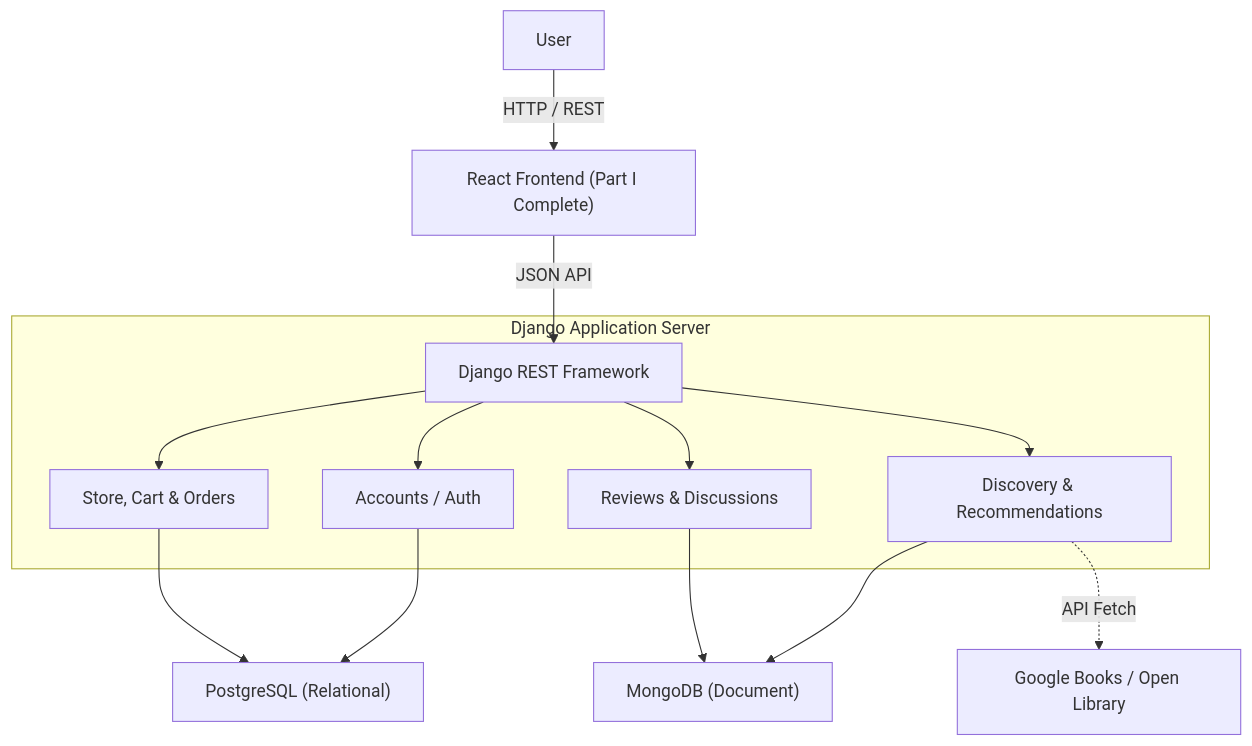
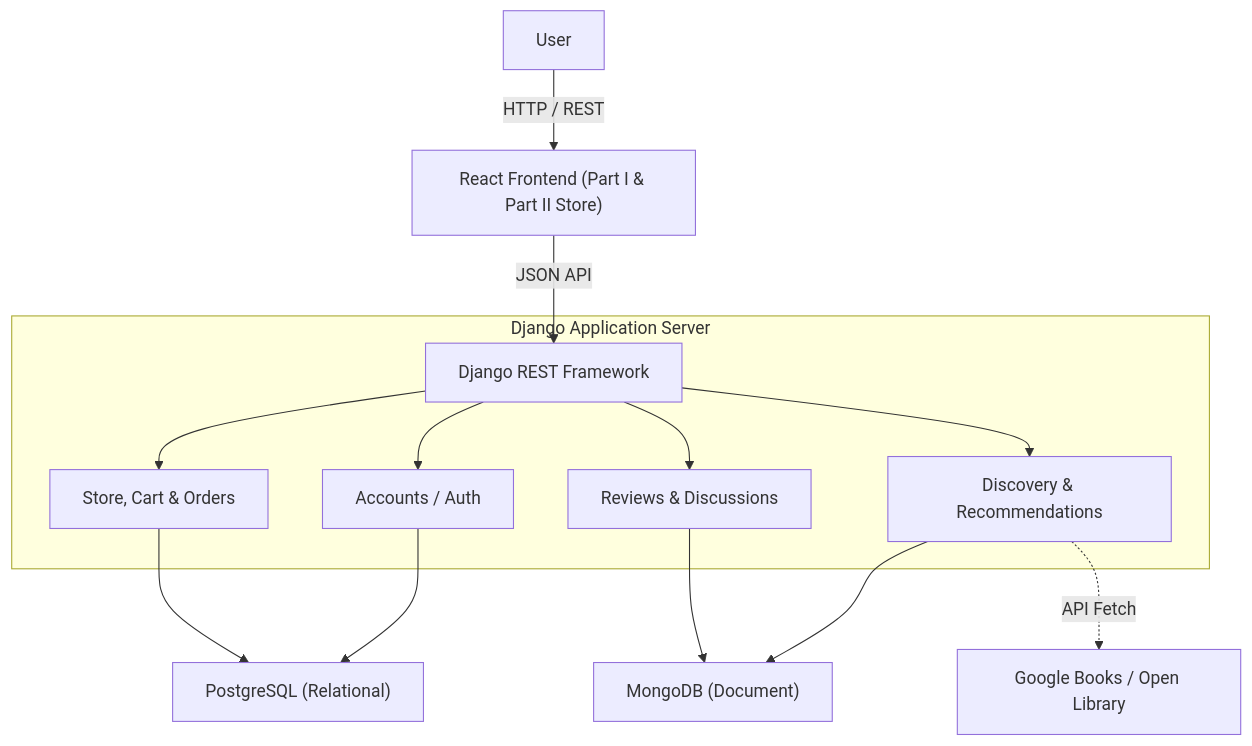
The first of 5 diagrams in README.md (ragnarStark79/Akashic-Library), drawn with Mermaid before and after one commit. The commit also changed other lines of this file, not shown here.

Commit message:
docs: update README with Part II Akashic Store completion status

````diff
--- a/README.md
+++ b/README.md
@@ -81,31 +81,31 @@
 ```mermaid
 flowchart TD
     User["User"]
-    React["React Frontend (Part I Complete)"]
+    React["React Frontend (Part I & Part II Store)"]
     DRF["Django REST Framework"]
     Auth["Accounts / Auth"]
     Discovery["Discovery & Recommendations"]
     Community["Reviews & Discussions"]
     Commerce["Store, Cart & Orders"]
     PostgreSQL["PostgreSQL (Relational)"]
     MongoDB["MongoDB (Document)"]
     External["Google Books / Open Library"]
 
     User -->|HTTP / REST| React
     React -->|JSON API| DRF
     
     subgraph Django Application Server
         DRF --> Auth
         DRF --> Discovery
         DRF --> Community
         DRF --> Commerce
     end
     
     Auth --> PostgreSQL
     Commerce --> PostgreSQL
     
     Discovery --> MongoDB
     Community --> MongoDB
     
     Discovery -.->|API Fetch| External
 ```
````
